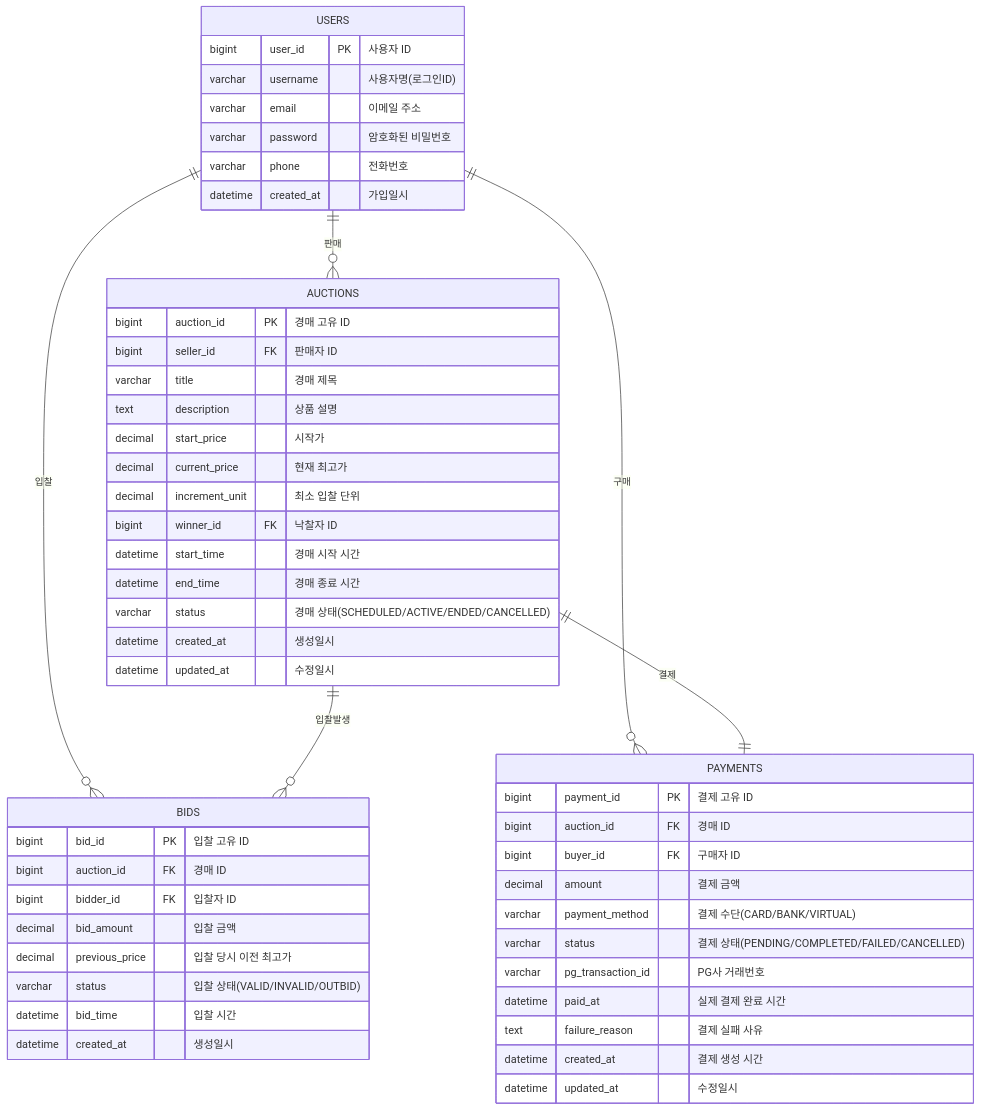
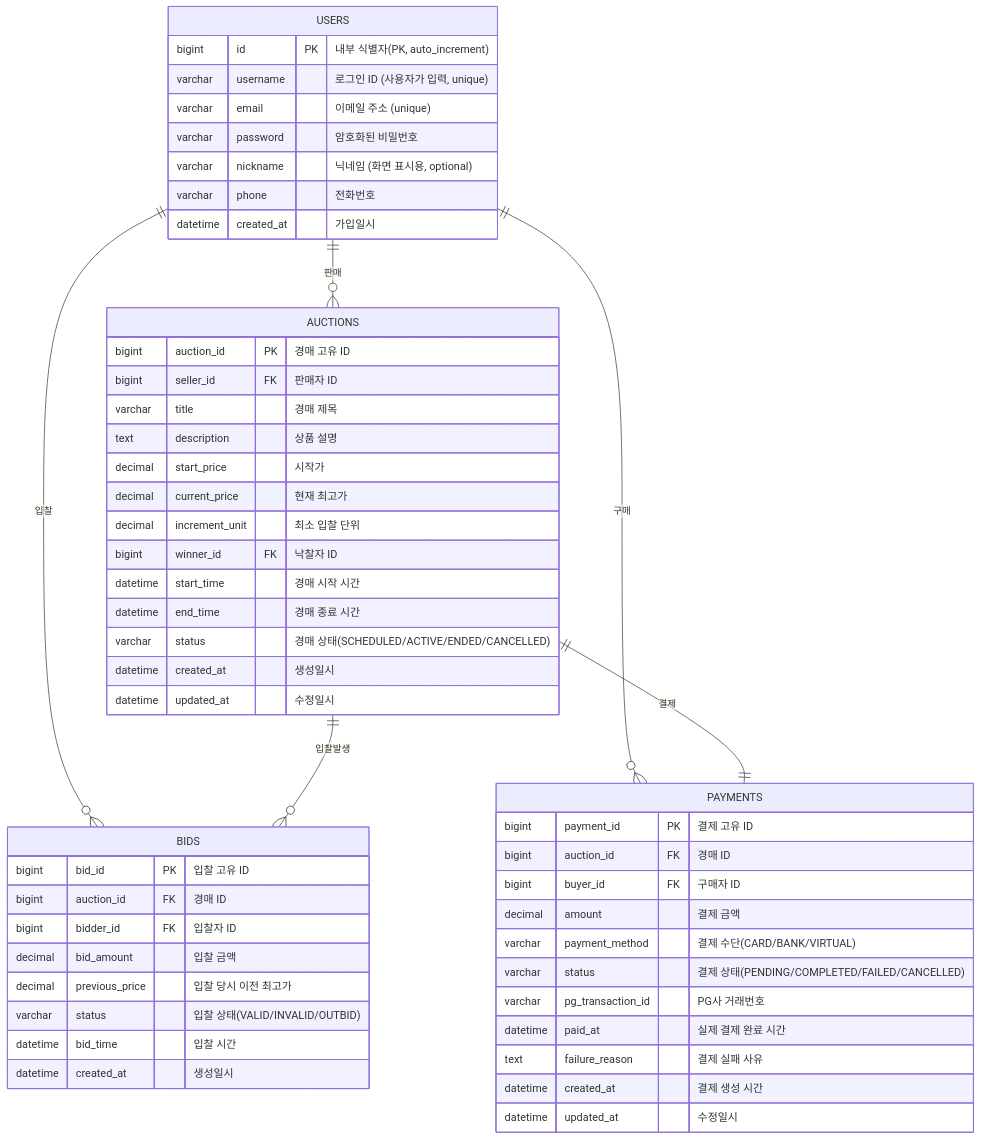
Before and after one commit to 9osari/DevBid: the diagram in docs/Database.md, drawn with Mermaid. The commit also changed 15 other files, not shown here.

````diff
--- a/docs/Database.md
+++ b/docs/Database.md
@@ -8,55 +8,56 @@
 ```mermaid
 erDiagram
     USERS {
-        bigint user_id PK "사용자 ID"
-        varchar username "사용자명(로그인ID)"
-        varchar email "이메일 주소"
+        bigint id PK "내부 식별자(PK, auto_increment)"       
+        varchar username "로그인 ID (사용자가 입력, unique)"  
+        varchar email "이메일 주소 (unique)" 
         varchar password "암호화된 비밀번호"
+        varchar nickname "닉네임 (화면 표시용, optional)"
         varchar phone "전화번호"
         datetime created_at "가입일시"
     }
     AUCTIONS {
         bigint auction_id PK "경매 고유 ID"
         bigint seller_id FK "판매자 ID"
         varchar title "경매 제목"
         text description "상품 설명"
         decimal start_price "시작가"
         decimal current_price "현재 최고가"
         decimal increment_unit "최소 입찰 단위"
         bigint winner_id FK "낙찰자 ID"
         datetime start_time "경매 시작 시간"
         datetime end_time "경매 종료 시간"
         varchar status "경매 상태(SCHEDULED/ACTIVE/ENDED/CANCELLED)"
         datetime created_at "생성일시"
         datetime updated_at "수정일시"
     }
     BIDS {
         bigint bid_id PK "입찰 고유 ID"
         bigint auction_id FK "경매 ID"
         bigint bidder_id FK "입찰자 ID"
         decimal bid_amount "입찰 금액"
         decimal previous_price "입찰 당시 이전 최고가"
         varchar status "입찰 상태(VALID/INVALID/OUTBID)"
         datetime bid_time "입찰 시간"
         datetime created_at "생성일시"
     }
     PAYMENTS {
         bigint payment_id PK "결제 고유 ID"
         bigint auction_id FK "경매 ID"
         bigint buyer_id FK "구매자 ID"
         decimal amount "결제 금액"
         varchar payment_method "결제 수단(CARD/BANK/VIRTUAL)"
         varchar status "결제 상태(PENDING/COMPLETED/FAILED/CANCELLED)"
         varchar pg_transaction_id "PG사 거래번호"
         datetime paid_at "실제 결제 완료 시간"
         text failure_reason "결제 실패 사유"
         datetime created_at "결제 생성 시간"
         datetime updated_at "수정일시"
     }
     
     USERS ||--o{ AUCTIONS : "판매"
     USERS ||--o{ BIDS : "입찰"  
     USERS ||--o{ PAYMENTS : "구매"
     AUCTIONS ||--o{ BIDS : "입찰발생"
     AUCTIONS ||--|| PAYMENTS : "결제"
 ```
````
